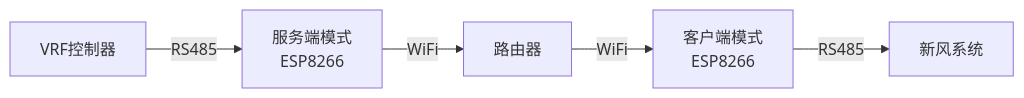
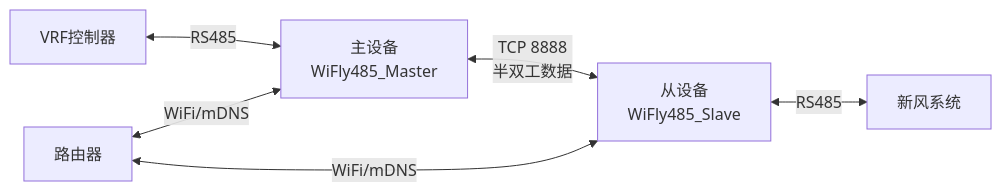
The diagram in README.md (davidhoo/WiFly485), drawn with Mermaid before and after one commit. The commit also changed other lines of this file and 19 other files, not shown here.

````diff
--- a/README.md
+++ b/README.md
@@ -16,7 +18,9 @@
 ```mermaid
 graph LR
-    A[VRF控制器] -->|RS485| B[服务端模式<br>ESP8266]
-    B -->|WiFi| C[路由器]
-    C -->|WiFi| D[客户端模式<br>ESP8266]
-    D -->|RS485| E[新风系统]
+    A[VRF控制器] <-->|RS485| B[主设备<br>WiFly485_Master]
+    C[从设备<br>WiFly485_Slave] <-->|RS485| D[新风系统]
+    B <-->|TCP 8888<br>半双工数据| C
+    
+    E[路由器] <-->|WiFi/mDNS| B
+    E <-->|WiFi/mDNS| C
 ```
````
